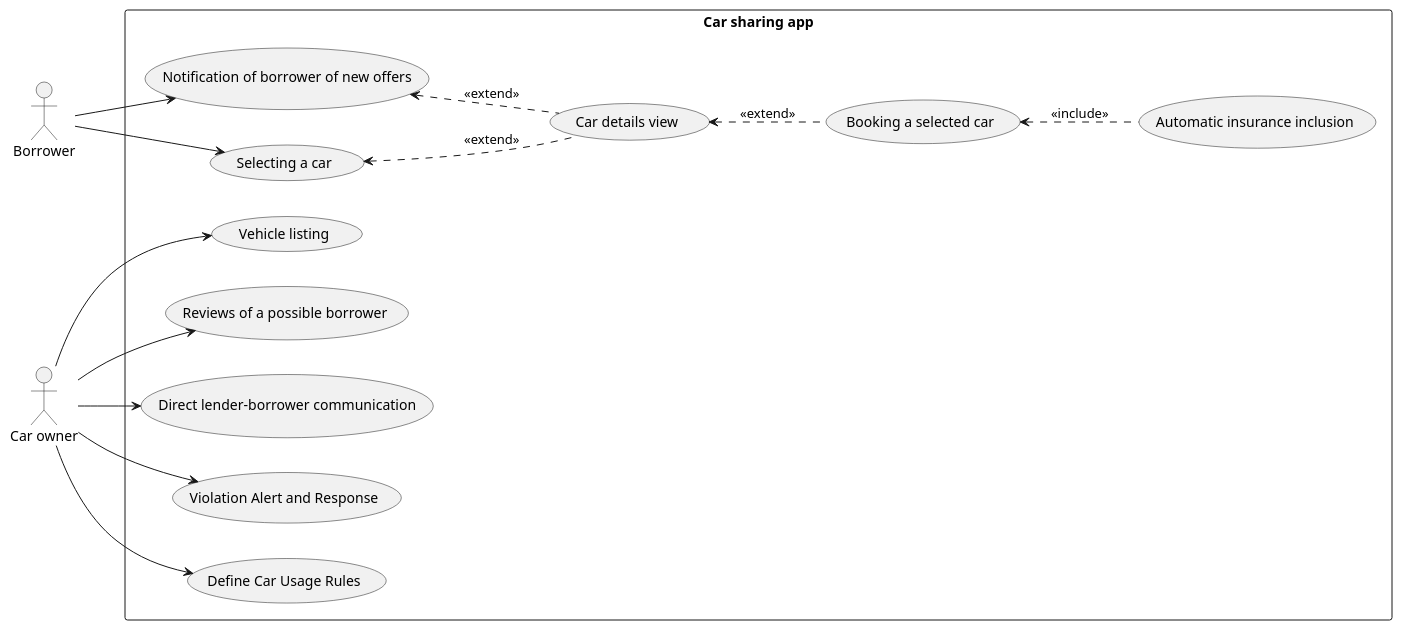
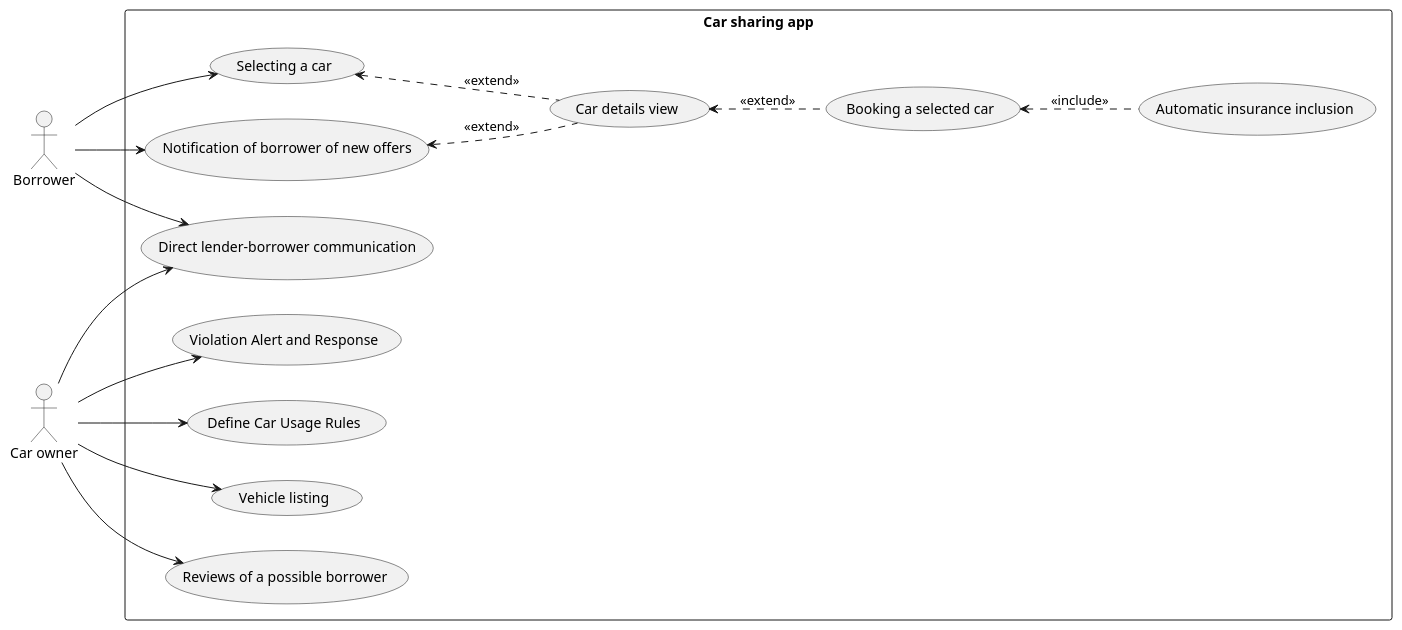
Before and after one commit to bruzla/NSWI041: the diagram in usecase_diagram.plantuml, drawn with PlantUML. The commit also changed 1 other file, not shown here.

Commit message:
update usecase diagram

```diff
--- a/usecase_diagram.plantuml
+++ b/usecase_diagram.plantuml
@@ -1,59 +1,59 @@
 @startuml
 left to right direction
 ' Define the actors
 actor Borrower as borrower
 
 ' Define the system boundary
 rectangle "Car sharing app" {
 ' UC-1
     (Vehicle listing) as vehicleListing [[https://github.com/bruzla/NSWI041/issues/12]]
 ' UC-2
     (Selecting a car) as selectingCar [[https://github.com/bruzla/NSWI041/issues/13]]
 ' UC-3
     (Booking a selected car) as bookingSelectedCar [[https://github.com/bruzla/NSWI041/issues/14]]
 ' UC-4
     (Car details view) as carDetail [[https://github.com/bruzla/NSWI041/issues/15]]
 ' UC-6
     (Automatic insurance inclusion) as automaticInsurance [[https://github.com/bruzla/NSWI041/issues/17]]
 ' UC-5
     (Reviews of a possible borrower) as borrowerReviews [[https://github.com/bruzla/NSWI041/issues/16]]
 ' UC-7
     (Direct lender-borrower communication) as lenderBorrowerCommunication [[https://github.com/bruzla/NSWI041/issues/18]]
 ' UC-8
     (Violation Alert and Response) as violationAlert [[https://github.com/bruzla/NSWI041/issues/19]]
 ' UC-9
     (Notification of borrower of new offers) as newOffersNotification [[https://github.com/bruzla/NSWI041/issues/20]]
 ' UC-10
     (Define Car Usage Rules) as defineCarUsageRules [[https://github.com/bruzla/NSWI041/issues/22]]
 }
 
 ' Relationships for User
 borrower --> selectingCar
 'borrower --> bookingSelectedCar
 'borrower --> automaticInsurance
-'borrower --> lenderBorrowerCommunication
+borrower --> lenderBorrowerCommunication
 'borrower --> carDetail
 borrower --> newOffersNotification
 
 
 ' relations between use cases
 bookingSelectedCar .up.> carDetail : <<extend>>
 carDetail .up.> selectingCar : <<extend>>
 automaticInsurance .up.> bookingSelectedCar : <<include>>
 carDetail .up.> newOffersNotification : <<extend>>
 
 
 actor "Car owner" as carOwner
 ' Relationships for Admin
 carOwner --> vehicleListing
 carOwner --> lenderBorrowerCommunication
 carOwner --> borrowerReviews
 carOwner --> defineCarUsageRules
 carOwner --> violationAlert
 
 
 ' Extends and Includes (optional)
 'selectingCar .> vehicleListing : extends
 
 '(Login) .> (Register) : includes
 @enduml
```
